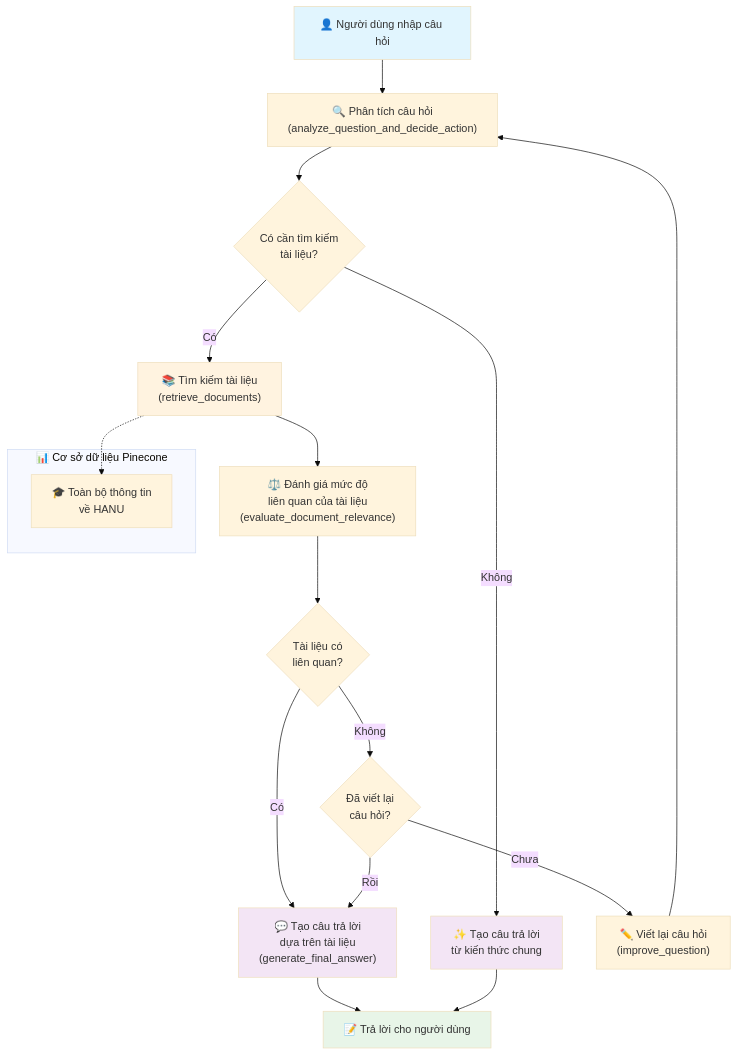
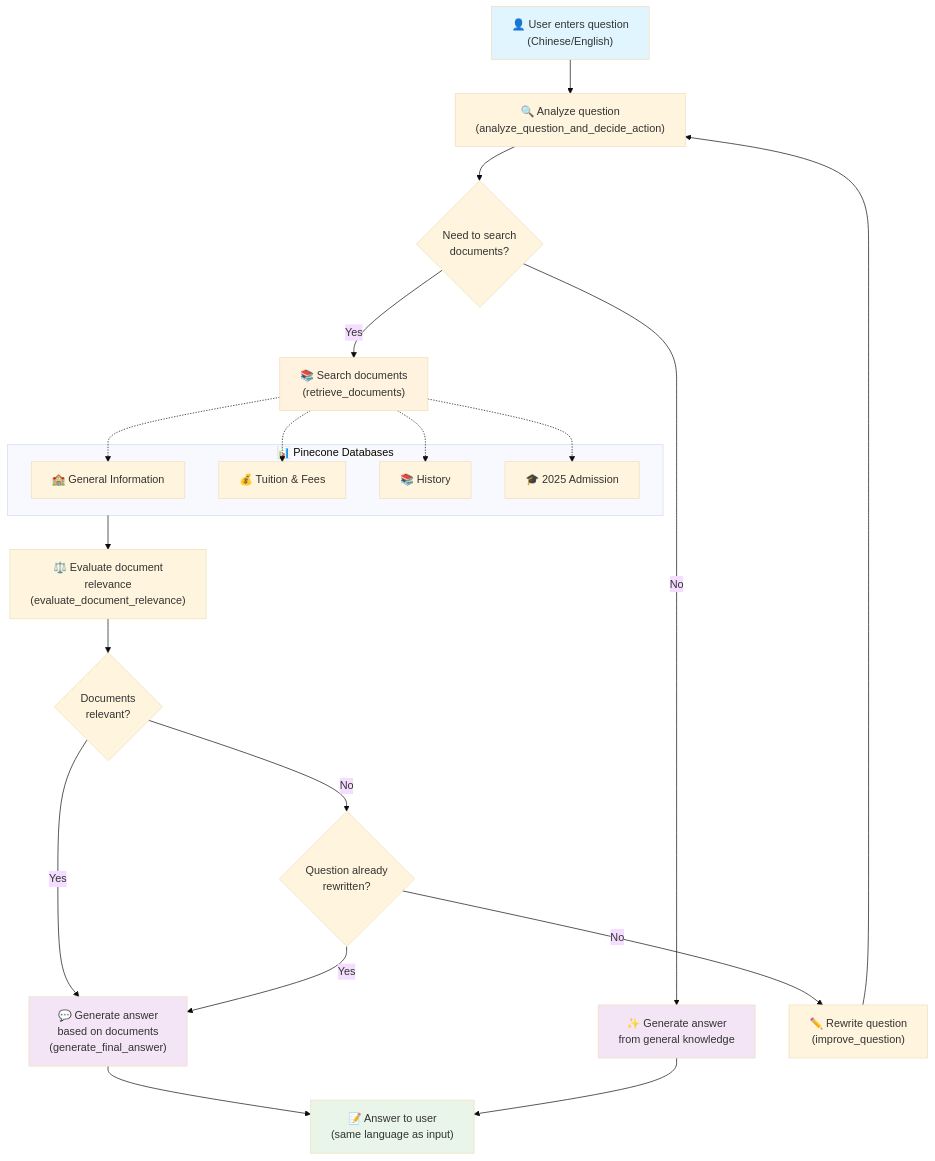
One commit to vinhnt21/GXNU-Admissions changed the diagram in README.md. Above: the diagram before and after it, drawn with Mermaid (base theme). The commit also changed other lines of this file, not shown here.

Commit message:
Update README.md to reflect project rebranding from HANU to Guangxi Normal University, enhance feature descriptions, and improve bilingual support details. Version updated to 2.0.0.

````diff
--- a/README.md
+++ b/README.md
@@ -20,36 +22,42 @@
 ```mermaid
 flowchart TD
-    A["👤 Người dùng nhập câu hỏi"] --> B["🔍 Phân tích câu hỏi<br/>(analyze_question_and_decide_action)"]
+    A["👤 User enters question<br/>(Chinese/English)"] --> B["🔍 Analyze question<br/>(analyze_question_and_decide_action)"]
     
-    B --> C{Có cần tìm kiếm<br/>tài liệu?}
+    B --> C{Need to search<br/>documents?}
     
-    C -->|Có| D["📚 Tìm kiếm tài liệu<br/>(retrieve_documents)"]
-    C -->|Không| H["✨ Tạo câu trả lời<br/>từ kiến thức chung"]
+    C -->|Yes| D["📚 Search documents<br/>(retrieve_documents)"]
+    C -->|No| H["✨ Generate answer<br/>from general knowledge"]
     
-    D --> E["⚖️ Đánh giá mức độ<br/>liên quan của tài liệu<br/>(evaluate_document_relevance)"]
+    M --> E["⚖️ Evaluate document<br/>relevance<br/>(evaluate_document_relevance)"]
     
-    E --> F{Tài liệu có<br/>liên quan?}
+    E --> F{Documents<br/>relevant?}
     
-    F -->|Có| G["💬 Tạo câu trả lời<br/>dựa trên tài liệu<br/>(generate_final_answer)"]
-    F -->|Không| I{Đã viết lại<br/>câu hỏi?}
+    F -->|Yes| G["💬 Generate answer<br/>based on documents<br/>(generate_final_answer)"]
+    F -->|No| I{Question already<br/>rewritten?}
     
-    I -->|Chưa| J["✏️ Viết lại câu hỏi<br/>(improve_question)"]
-    I -->|Rồi| G
+    I -->|No| J["✏️ Rewrite question<br/>(improve_question)"]
+    I -->|Yes| G
     
     J --> B
     
-    G --> K["📝 Trả lời cho người dùng"]
+    G --> K["📝 Answer to user<br/>(same language as input)"]
     H --> K
     
-    subgraph "📊 Cơ sở dữ liệu Pinecone"
-        L["🎓 Toàn bộ thông tin<br/>về HANU"]
+    subgraph M["📊 Pinecone Databases"]
+        L1["🏫 General Information"]
+        L2["💰 Tuition & Fees"]
+        L3["📚 History"]
+        L4["🎓 2025 Admission"]
     end
     
-    D -.-> L
+    D -.-> L1
+    D -.-> L2
+    D -.-> L3
+    D -.-> L4
     
     style A fill:#e1f5fe
     style K fill:#e8f5e8
     style D fill:#fff3e0
     style G fill:#f3e5f5
     style H fill:#f3e5f5
 ```
````
